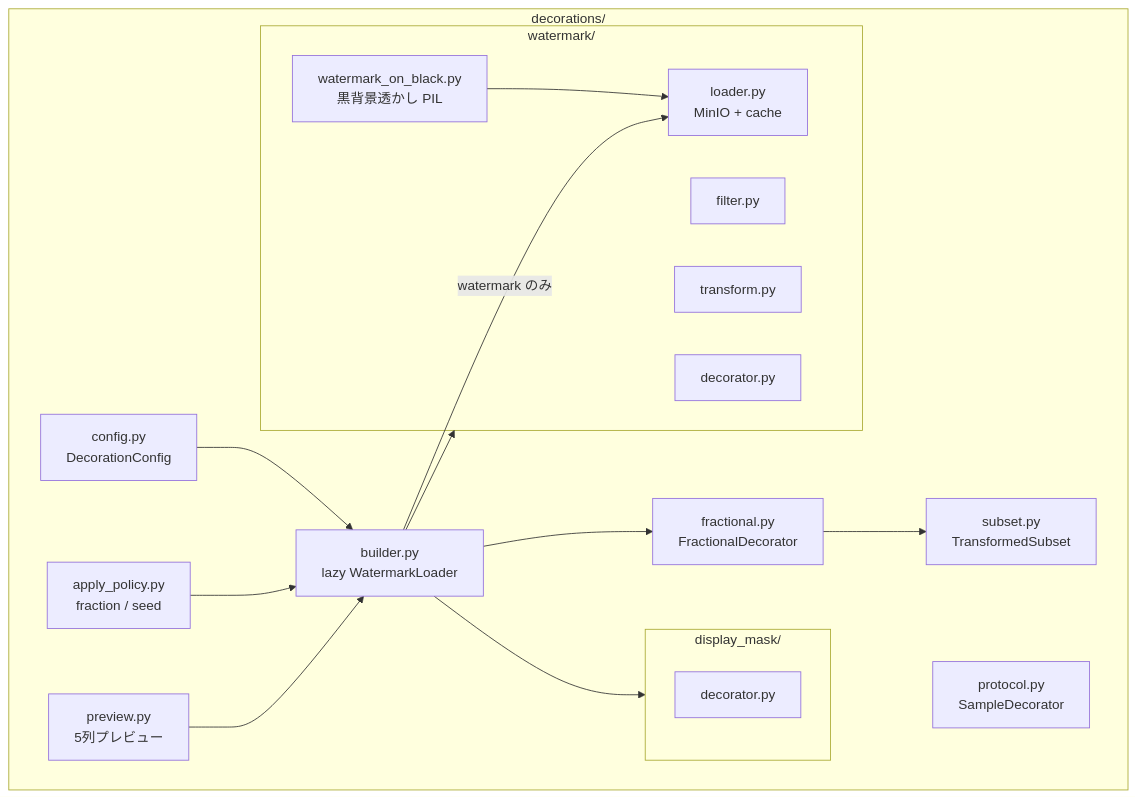
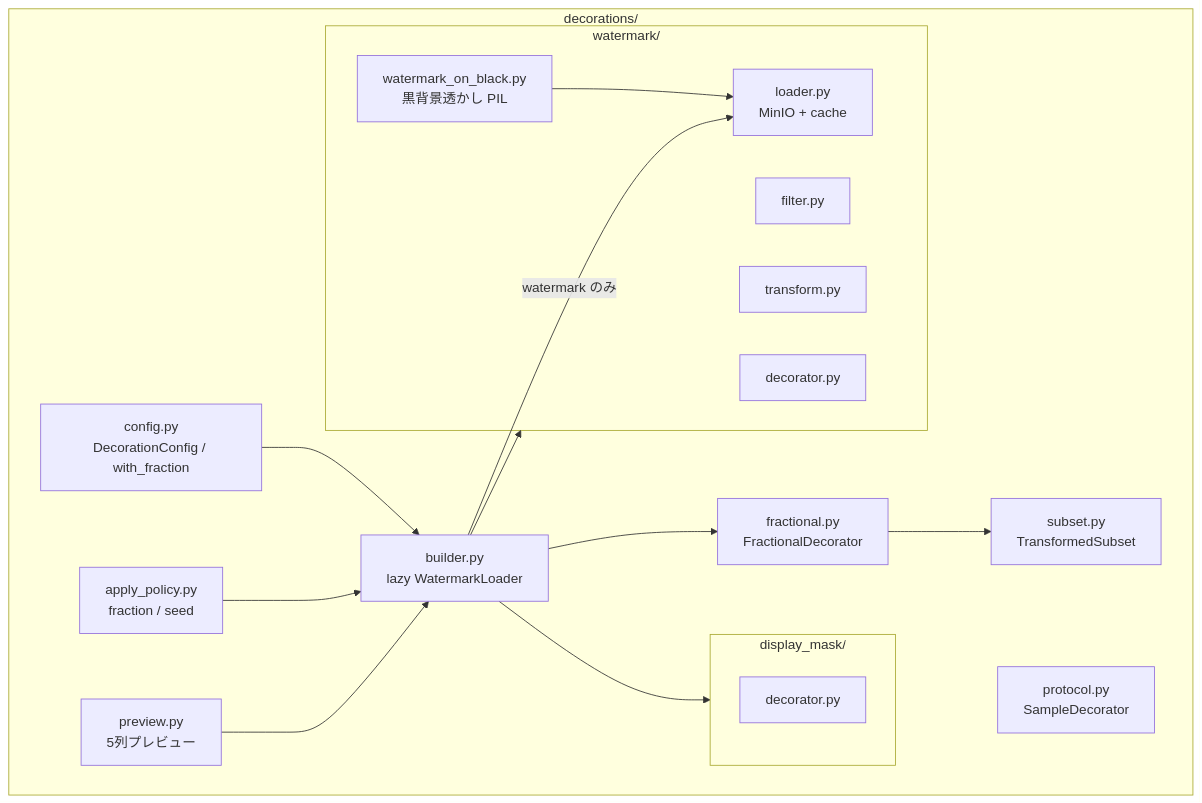
Before and after one commit to GoldenPoisonedApple/MIAOS: the eighth of 14 diagrams in worker/docs/SPECIFICATION.md, drawn with Mermaid. The commit also changed other lines of this file, not shown here.

````diff
--- a/worker/docs/SPECIFICATION.md
+++ b/worker/docs/SPECIFICATION.md
@@ -246,31 +256,31 @@
 ```mermaid
 flowchart TB
     subgraph decorations [decorations/]
         protocol["protocol.py<br/>SampleDecorator"]
-        config["config.py<br/>DecorationConfig"]
+        config["config.py<br/>DecorationConfig / with_fraction"]
         apply["apply_policy.py<br/>fraction / seed"]
         fractional["fractional.py<br/>FractionalDecorator"]
         builder["builder.py<br/>lazy WatermarkLoader"]
         subset["subset.py<br/>TransformedSubset"]
         preview["preview.py<br/>5列プレビュー"]
         subgraph wm [watermark/]
             filter["filter.py"]
             transform["transform.py"]
             loader["loader.py<br/>MinIO + cache"]
             wdec["decorator.py"]
             onBlack["watermark_on_black.py<br/>黒背景透かし PIL"]
         end
         subgraph dm [display_mask/]
             ddec["decorator.py"]
         end
     end
     config --> builder
     apply --> builder
     builder -->|"watermark のみ"| loader
     builder --> fractional
     builder --> wm
     builder --> dm
     preview --> builder
     onBlack --> loader
     fractional --> subset
 ```
````
